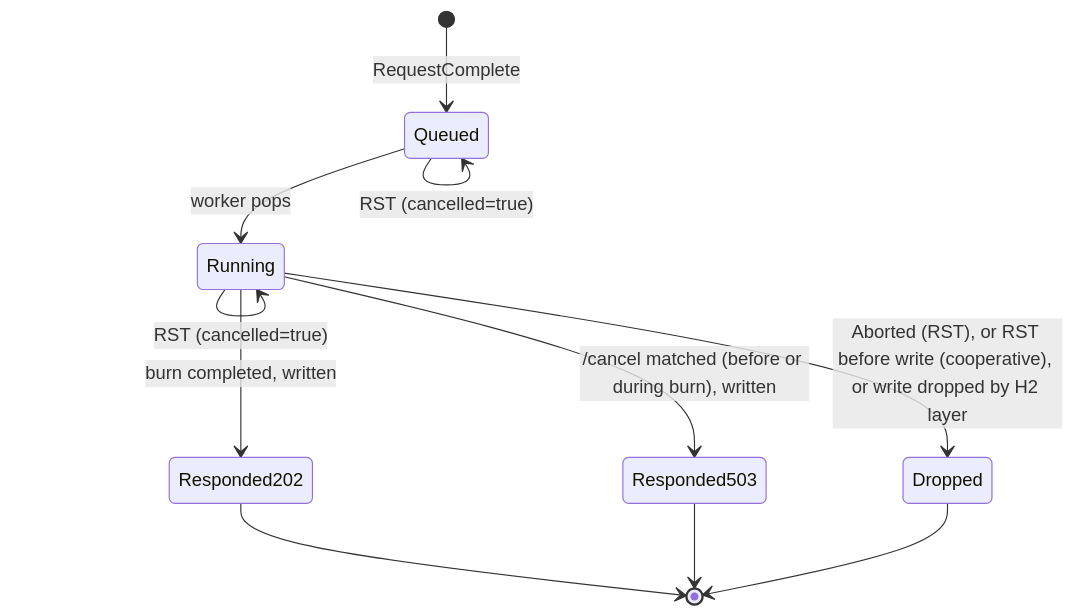
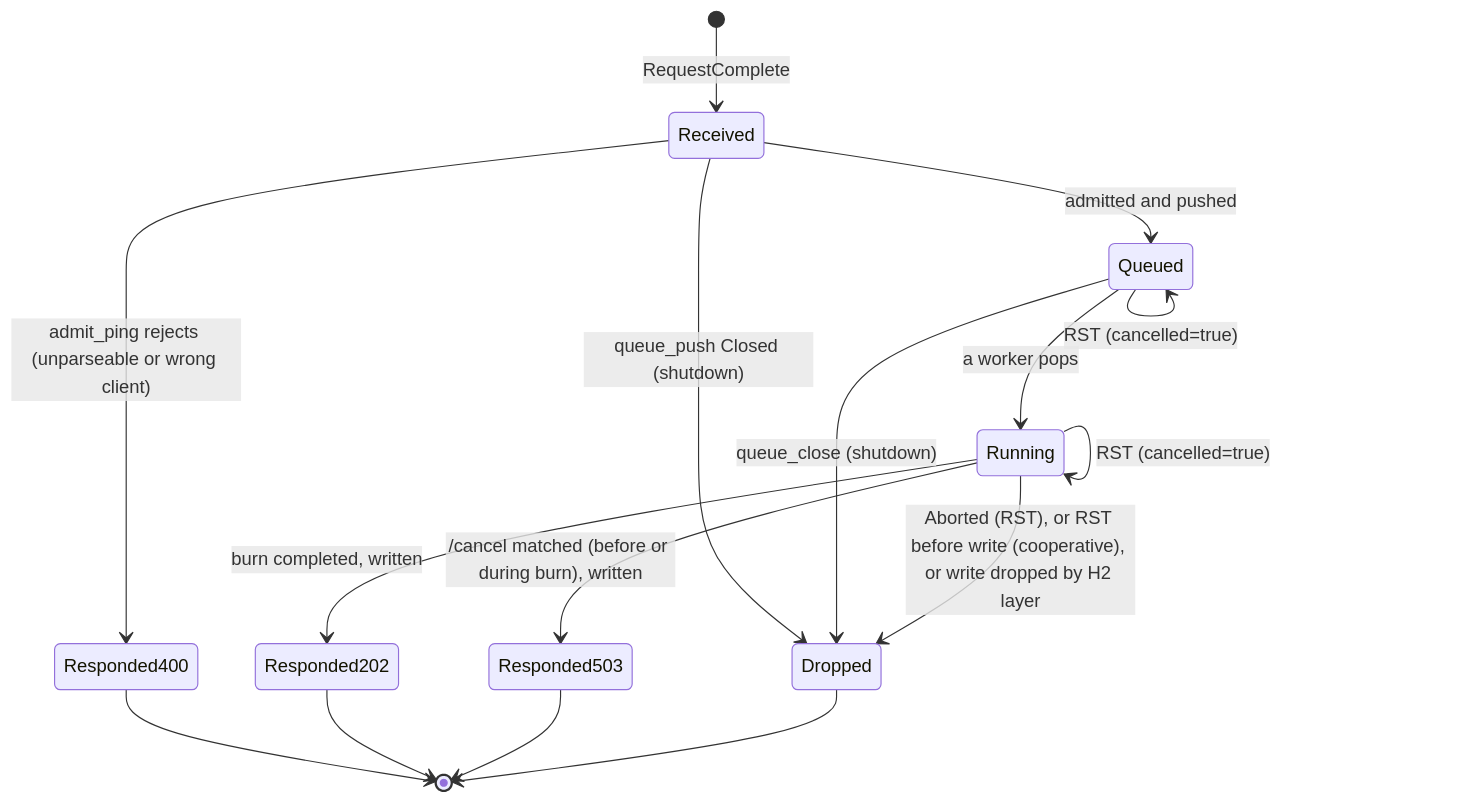
Before and after one commit to grapheo12/metastability-cancellation: the diagram in abstraction/server/connection_handler/design.md, drawn with Mermaid. The commit also changed other lines of this file and 5 other files, not shown here.

````diff
--- a/abstraction/server/connection_handler/design.md
+++ b/abstraction/server/connection_handler/design.md
@@ -99,13 +124,18 @@
 ```mermaid
 stateDiagram-v2
-  [*] --> Queued: RequestComplete
+  [*] --> Received: RequestComplete
+  Received --> Responded400: admit_ping rejects (unparseable or wrong client)
+  Received --> Dropped: queue_push Closed (shutdown)
+  Received --> Queued: admitted and pushed
   Queued --> Queued: RST (cancelled=true)
-  Queued --> Running: worker pops
+  Queued --> Dropped: queue_close (shutdown)
+  Queued --> Running: a worker pops
   Running --> Running: RST (cancelled=true)
   Running --> Responded202: burn completed, written
   Running --> Responded503: /cancel matched (before or during burn), written
   Running --> Dropped: Aborted (RST), or RST before write (cooperative), or write dropped by H2 layer
+  Responded400 --> [*]
   Responded202 --> [*]
   Responded503 --> [*]
   Dropped --> [*]
 ```
````
